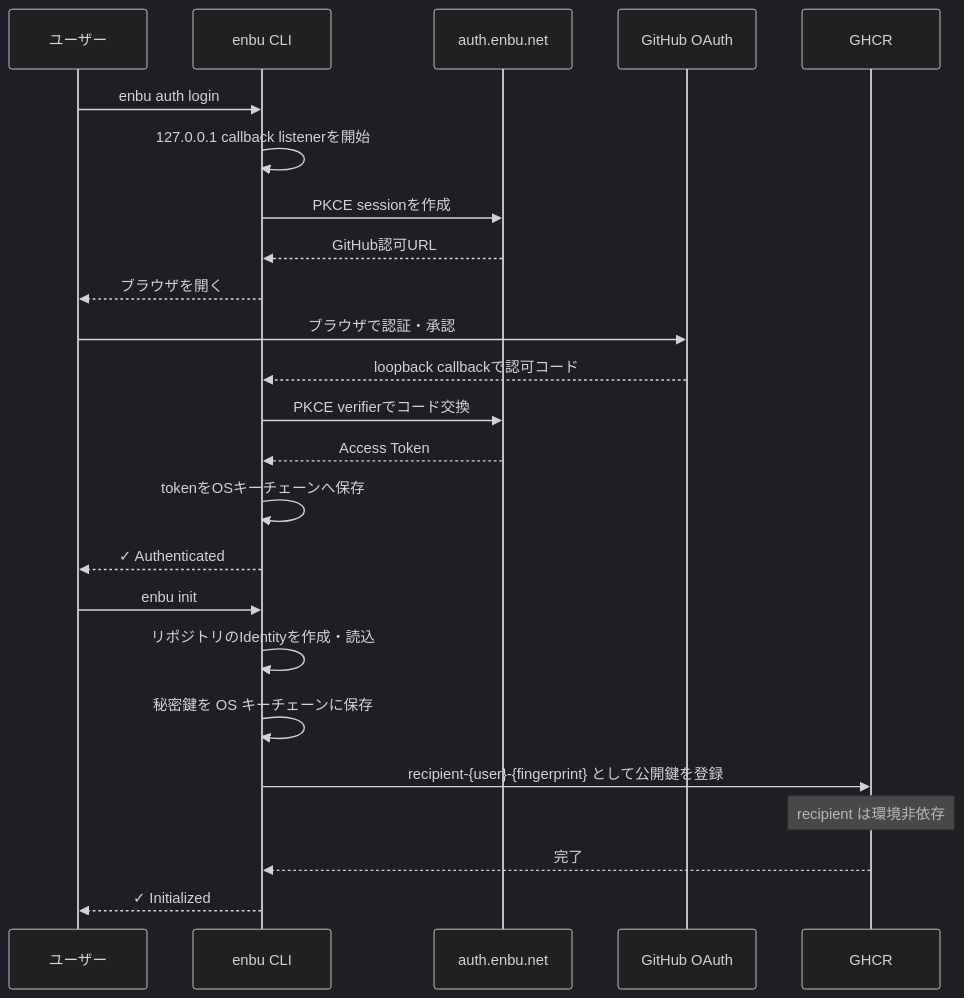
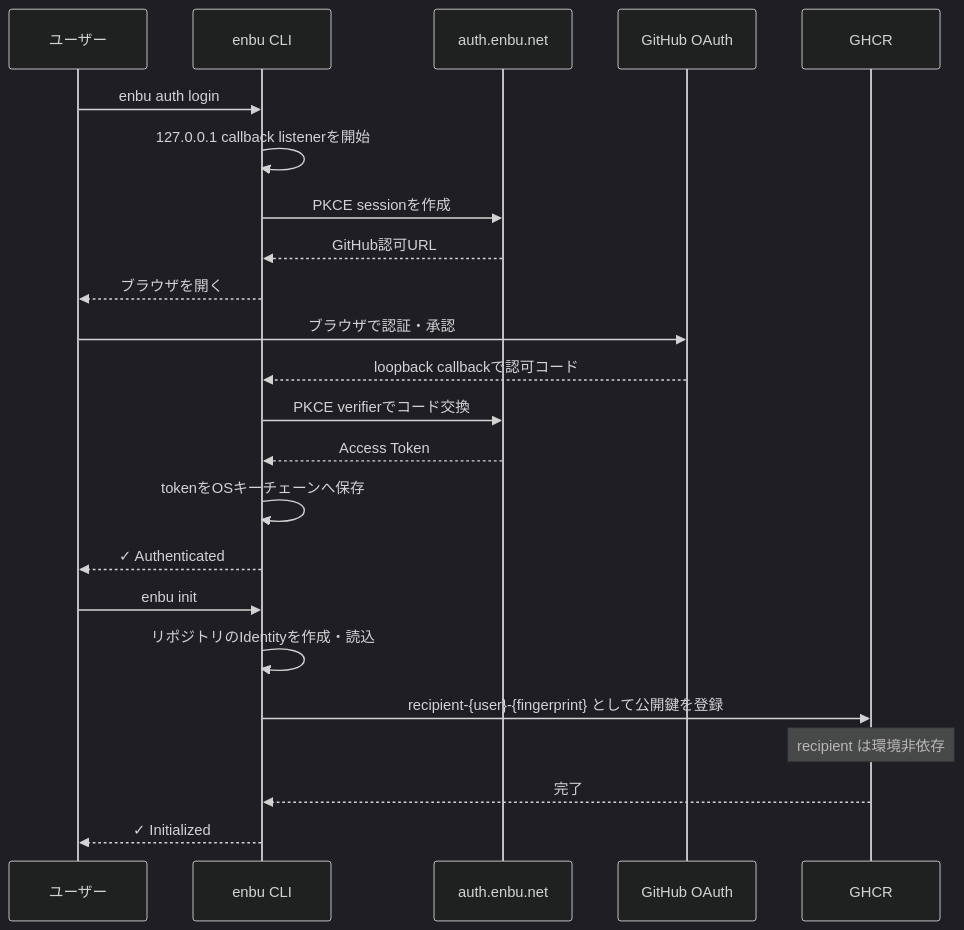
One commit to enbu-net/enbu changed the first of 3 diagrams in README.ja.md. Above: the diagram before and after it, drawn with Mermaid (dark theme). The commit also changed other lines of this file and 1 other file, not shown here.

````diff
--- a/README.ja.md
+++ b/README.ja.md
@@ -199,28 +201,27 @@
 ```mermaid
 sequenceDiagram
     participant User as ユーザー
     participant CLI as enbu CLI
     participant Auth as auth.enbu.net
     participant GitHub as GitHub OAuth
     participant GHCR as GHCR
 
     User->>CLI: enbu auth login
     CLI->>CLI: 127.0.0.1 callback listenerを開始
     CLI->>Auth: PKCE sessionを作成
     Auth-->>CLI: GitHub認可URL
     CLI-->>User: ブラウザを開く
     User->>GitHub: ブラウザで認証・承認
     GitHub-->>CLI: loopback callbackで認可コード
     CLI->>Auth: PKCE verifierでコード交換
     Auth-->>CLI: Access Token
     CLI->>CLI: tokenをOSキーチェーンへ保存
     CLI-->>User: ✓ Authenticated
 
     User->>CLI: enbu init
     CLI->>CLI: リポジトリのIdentityを作成・読込
-    CLI->>CLI: 秘密鍵を OS キーチェーンに保存
     CLI->>GHCR: recipient-{user}-{fingerprint} として公開鍵を登録
     Note over GHCR: recipient は環境非依存
     GHCR-->>CLI: 完了
     CLI-->>User: ✓ Initialized
 ```
````
